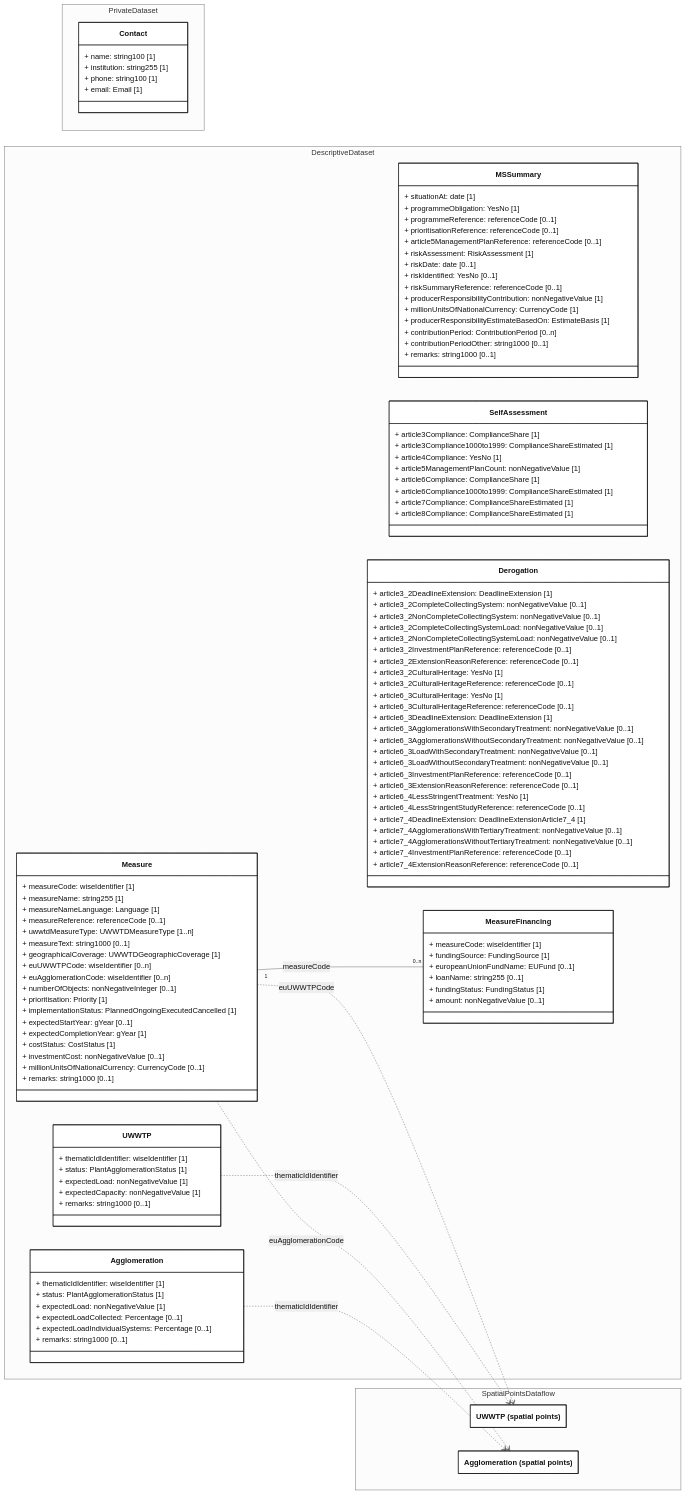
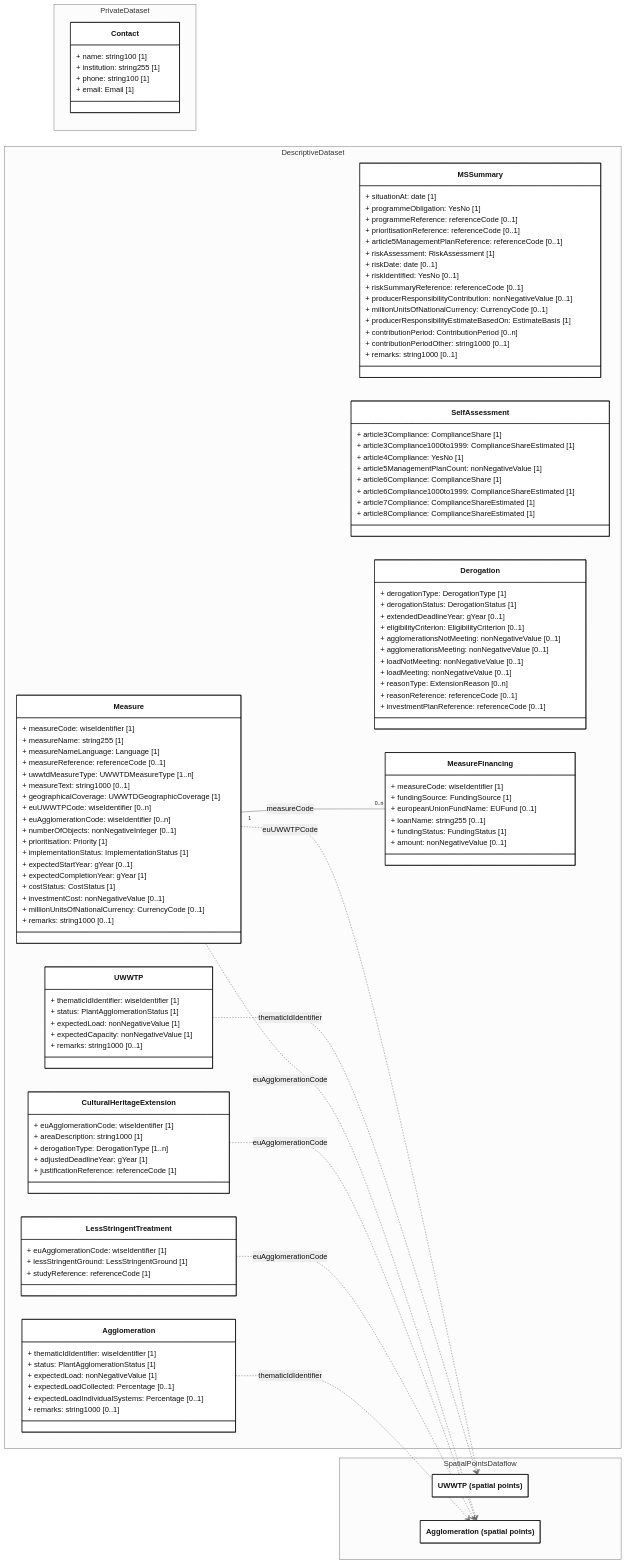
The diagram in docs/rUWWTD2024/Article23/mmd/Article23_Tables_ClassDiagram.mmd (eeadata/WISE.UWWTD.Documentation), drawn with Mermaid before and after one commit. The commit also changed 22 other files, not shown here.

```diff
--- a/docs/rUWWTD2024/Article23/mmd/Article23_Tables_ClassDiagram.mmd
+++ b/docs/rUWWTD2024/Article23/mmd/Article23_Tables_ClassDiagram.mmd
@@ -1,130 +1,130 @@
 ---
 config:
   class:
     hideEmptyMembersBox: true
   layout: dagre
   theme: neutral
 ---
 classDiagram
 direction LR
 
 namespace PrivateDataset {
     class Contact {
         + name: string100 [1]
         + institution: string255 [1]
         + phone: string100 [1]
         + email: Email [1]
     }
 }
 namespace DescriptiveDataset {
     class MSSummary {
         + situationAt: date [1]
         + programmeObligation: YesNo [1]
         + programmeReference: referenceCode [0..1]
         + prioritisationReference: referenceCode [0..1]
         + article5ManagementPlanReference: referenceCode [0..1]
         + riskAssessment: RiskAssessment [1]
         + riskDate: date [0..1]
         + riskIdentified: YesNo [0..1]
         + riskSummaryReference: referenceCode [0..1]
-        + producerResponsibilityContribution: nonNegativeValue [1]
-        + millionUnitsOfNationalCurrency: CurrencyCode [1]
+        + producerResponsibilityContribution: nonNegativeValue [0..1]
+        + millionUnitsOfNationalCurrency: CurrencyCode [0..1]
         + producerResponsibilityEstimateBasedOn: EstimateBasis [1]
         + contributionPeriod: ContributionPeriod [0..n]
         + contributionPeriodOther: string1000 [0..1]
         + remarks: string1000 [0..1]
     }
     class SelfAssessment {
         + article3Compliance: ComplianceShare [1]
         + article3Compliance1000to1999: ComplianceShareEstimated [1]
         + article4Compliance: YesNo [1]
         + article5ManagementPlanCount: nonNegativeValue [1]
         + article6Compliance: ComplianceShare [1]
         + article6Compliance1000to1999: ComplianceShareEstimated [1]
         + article7Compliance: ComplianceShareEstimated [1]
         + article8Compliance: ComplianceShareEstimated [1]
     }
     class Derogation {
-        + article3_2DeadlineExtension: DeadlineExtension [1]
-        + article3_2CompleteCollectingSystem: nonNegativeValue [0..1]
-        + article3_2NonCompleteCollectingSystem: nonNegativeValue [0..1]
-        + article3_2CompleteCollectingSystemLoad: nonNegativeValue [0..1]
-        + article3_2NonCompleteCollectingSystemLoad: nonNegativeValue [0..1]
-        + article3_2InvestmentPlanReference: referenceCode [0..1]
-        + article3_2ExtensionReasonReference: referenceCode [0..1]
-        + article3_2CulturalHeritage: YesNo [1]
-        + article3_2CulturalHeritageReference: referenceCode [0..1]
-        + article6_3CulturalHeritage: YesNo [1]
-        + article6_3CulturalHeritageReference: referenceCode [0..1]
-        + article6_3DeadlineExtension: DeadlineExtension [1]
-        + article6_3AgglomerationsWithSecondaryTreatment: nonNegativeValue [0..1]
-        + article6_3AgglomerationsWithoutSecondaryTreatment: nonNegativeValue [0..1]
-        + article6_3LoadWithSecondaryTreatment: nonNegativeValue [0..1]
-        + article6_3LoadWithoutSecondaryTreatment: nonNegativeValue [0..1]
-        + article6_3InvestmentPlanReference: referenceCode [0..1]
-        + article6_3ExtensionReasonReference: referenceCode [0..1]
-        + article6_4LessStringentTreatment: YesNo [1]
-        + article6_4LessStringentStudyReference: referenceCode [0..1]
-        + article7_4DeadlineExtension: DeadlineExtensionArticle7_4 [1]
-        + article7_4AgglomerationsWithTertiaryTreatment: nonNegativeValue [0..1]
-        + article7_4AgglomerationsWithoutTertiaryTreatment: nonNegativeValue [0..1]
-        + article7_4InvestmentPlanReference: referenceCode [0..1]
-        + article7_4ExtensionReasonReference: referenceCode [0..1]
+        + derogationType: DerogationType [1]
+        + derogationStatus: DerogationStatus [1]
+        + extendedDeadlineYear: gYear [0..1]
+        + eligibilityCriterion: EligibilityCriterion [0..1]
+        + agglomerationsNotMeeting: nonNegativeValue [0..1]
+        + agglomerationsMeeting: nonNegativeValue [0..1]
+        + loadNotMeeting: nonNegativeValue [0..1]
+        + loadMeeting: nonNegativeValue [0..1]
+        + reasonType: ExtensionReason [0..n]
+        + reasonReference: referenceCode [0..1]
+        + investmentPlanReference: referenceCode [0..1]
+    }
+    class CulturalHeritageExtension {
+        + euAgglomerationCode: wiseIdentifier [1]
+        + areaDescription: string1000 [1]
+        + derogationType: DerogationType [1..n]
+        + adjustedDeadlineYear: gYear [1]
+        + justificationReference: referenceCode [1]
+    }
+    class LessStringentTreatment {
+        + euAgglomerationCode: wiseIdentifier [1]
+        + lessStringentGround: LessStringentGround [1]
+        + studyReference: referenceCode [1]
     }
     class Measure {
         + measureCode: wiseIdentifier [1]
         + measureName: string255 [1]
         + measureNameLanguage: Language [1]
         + measureReference: referenceCode [0..1]
         + uwwtdMeasureType: UWWTDMeasureType [1..n]
         + measureText: string1000 [0..1]
         + geographicalCoverage: UWWTDGeographicCoverage [1]
         + euUWWTPCode: wiseIdentifier [0..n]
         + euAgglomerationCode: wiseIdentifier [0..n]
         + numberOfObjects: nonNegativeInteger [0..1]
         + prioritisation: Priority [1]
-        + implementationStatus: PlannedOngoingExecutedCancelled [1]
+        + implementationStatus: ImplementationStatus [1]
         + expectedStartYear: gYear [0..1]
         + expectedCompletionYear: gYear [1]
         + costStatus: CostStatus [1]
         + investmentCost: nonNegativeValue [0..1]
         + millionUnitsOfNationalCurrency: CurrencyCode [0..1]
         + remarks: string1000 [0..1]
     }
     class MeasureFinancing {
         + measureCode: wiseIdentifier [1]
         + fundingSource: FundingSource [1]
         + europeanUnionFundName: EUFund [0..1]
         + loanName: string255 [0..1]
         + fundingStatus: FundingStatus [1]
         + amount: nonNegativeValue [0..1]
     }
     class UWWTP {
         + thematicIdIdentifier: wiseIdentifier [1]
         + status: PlantAgglomerationStatus [1]
         + expectedLoad: nonNegativeValue [1]
         + expectedCapacity: nonNegativeValue [1]
         + remarks: string1000 [0..1]
     }
     class Agglomeration {
         + thematicIdIdentifier: wiseIdentifier [1]
         + status: PlantAgglomerationStatus [1]
         + expectedLoad: nonNegativeValue [1]
         + expectedLoadCollected: Percentage [0..1]
         + expectedLoadIndividualSystems: Percentage [0..1]
         + remarks: string1000 [0..1]
     }
 }
 namespace SpatialPointsDataflow {
     class SpatialUWWTP["UWWTP (spatial points)"]
     class SpatialAgglomeration["Agglomeration (spatial points)"]
 }
 
 Measure "1" -- "0..n" MeasureFinancing : measureCode
 Measure ..> SpatialUWWTP : euUWWTPCode
 Measure ..> SpatialAgglomeration : euAgglomerationCode
+CulturalHeritageExtension ..> SpatialAgglomeration : euAgglomerationCode
+LessStringentTreatment ..> SpatialAgglomeration : euAgglomerationCode
 UWWTP ..> SpatialUWWTP : thematicIdIdentifier
 Agglomeration ..> SpatialAgglomeration : thematicIdIdentifier
 
 classDef default fill:white,stroke:#000;
 classDef forFixing fill:white,stroke:#f00;
```
